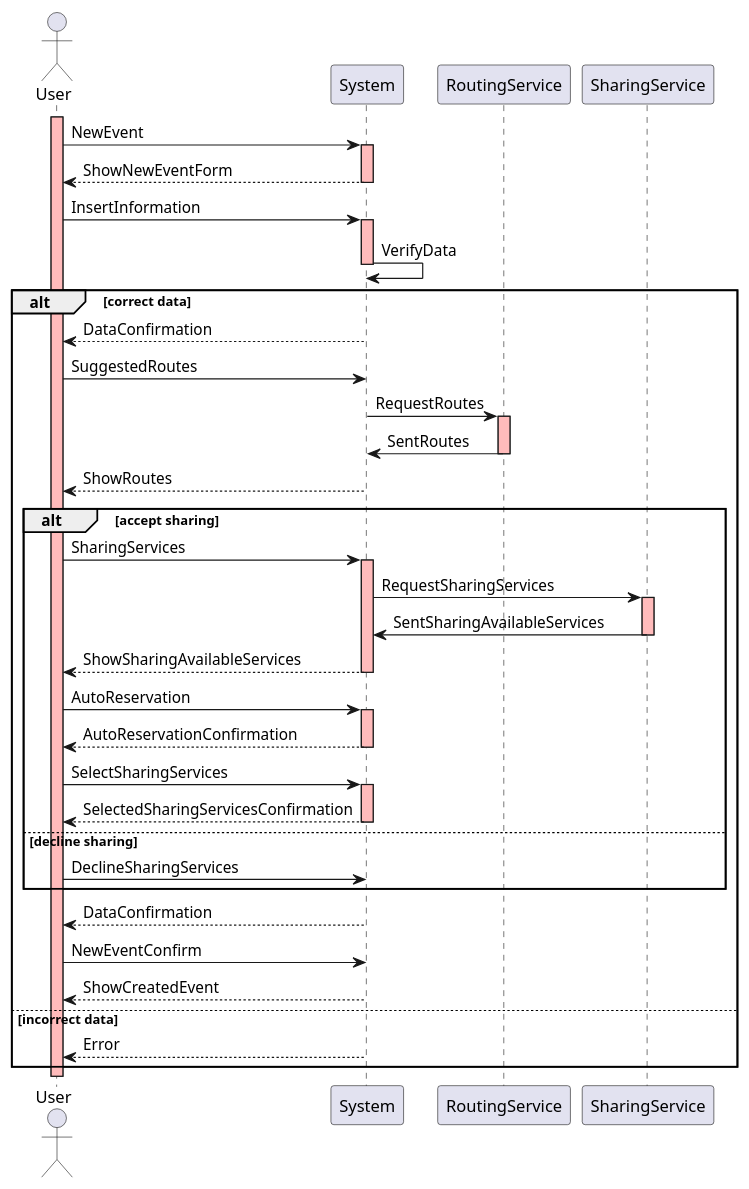
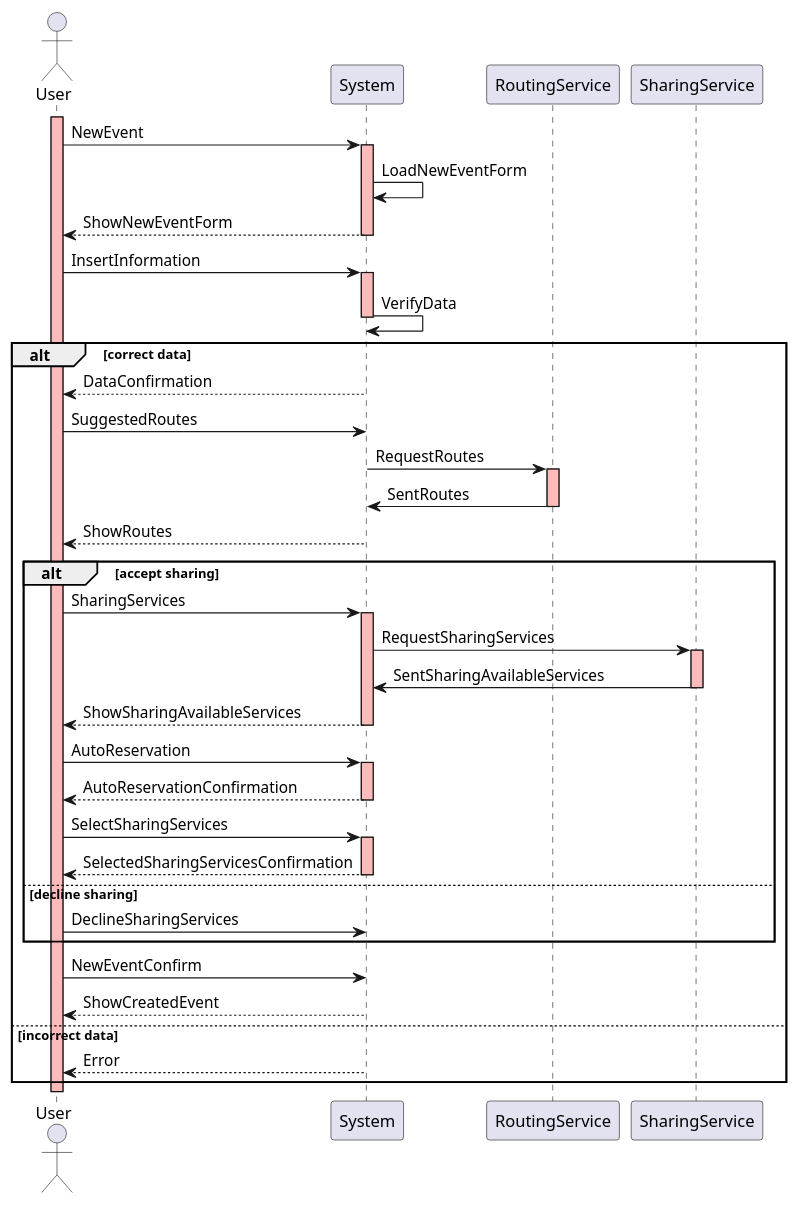
One commit to fcremo/AlfonsoCarsenzuolaCremonese-ingsw2 changed the diagram in rasd/sequence_diagram/sequence_diagram_newEvent2.plantuml. Above: the diagram before and after it, drawn with PlantUML. The commit also changed 15 other files, not shown here.

Commit message:
update sequence diagram

```diff
--- a/rasd/sequence_diagram/sequence_diagram_newEvent2.plantuml
+++ b/rasd/sequence_diagram/sequence_diagram_newEvent2.plantuml
@@ -1,55 +1,55 @@
 @startuml
 
 actor User
 participant System
 participant RoutingService
 participant SharingService
 
 activate User #FFBBBB
 User -> System: NewEvent
 activate System #FFBBBB
+System -> System: LoadNewEventForm
 System --> User: ShowNewEventForm
 deactivate System
 User -> System: InsertInformation
 activate System #FFBBBB
 System -> System: VerifyData
 deactivate System
 
 alt correct data
   System --> User: DataConfirmation
   User -> System: SuggestedRoutes
   System -> RoutingService: RequestRoutes
   activate RoutingService #FFBBBB
   RoutingService -> System: SentRoutes
   deactivate RoutingService
   System --> User: ShowRoutes
 
   alt accept sharing
     User -> System: SharingServices
     activate System #FFBBBB
     System -> SharingService: RequestSharingServices
     activate SharingService #FFBBBB
     SharingService -> System: SentSharingAvailableServices
     deactivate SharingService
     System --> User: ShowSharingAvailableServices
     deactivate System
     User -> System: AutoReservation
     activate System #FFBBBB
     System --> User: AutoReservationConfirmation
     deactivate System
     User -> System: SelectSharingServices
     activate System #FFBBBB
     System --> User: SelectedSharingServicesConfirmation
     deactivate System
   else decline sharing
     User -> System: DeclineSharingServices
   end
 
-  System --> User: DataConfirmation
   User -> System: NewEventConfirm
   System --> User: ShowCreatedEvent
 else incorrect data
   System --> User: Error
 end
 
 @enduml
```
